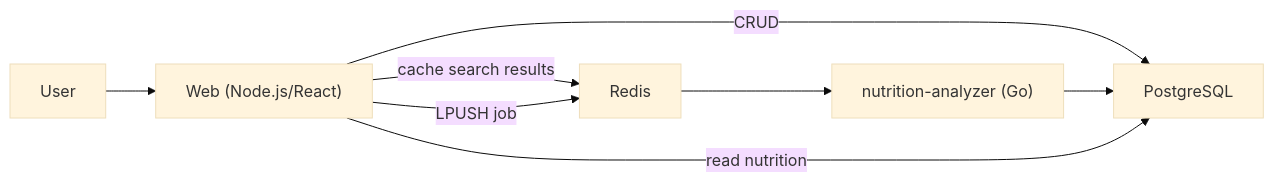
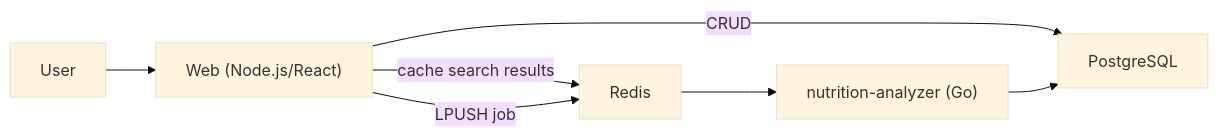
The diagram in README.md (my-oceanic-organization/recipe-app-compose-demo), drawn with Mermaid (base theme) before and after one commit.

````diff
--- a/README.md
+++ b/README.md
@@ -7,10 +7,9 @@
 ```mermaid
 flowchart LR
     User --> Web["Web (Node.js/React)"]
     Web -- CRUD --> PostgreSQL
     Web -- cache search results --> Redis
     Web -- LPUSH job --> Redis
     Redis --> Analyzer["nutrition-analyzer (Go)"]
     Analyzer --> PostgreSQL
-    Web -- read nutrition --> PostgreSQL
 ```
````
